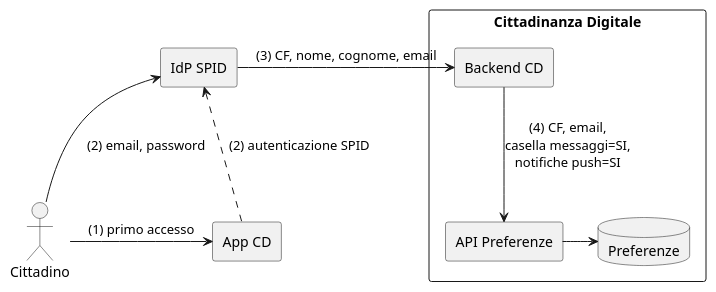
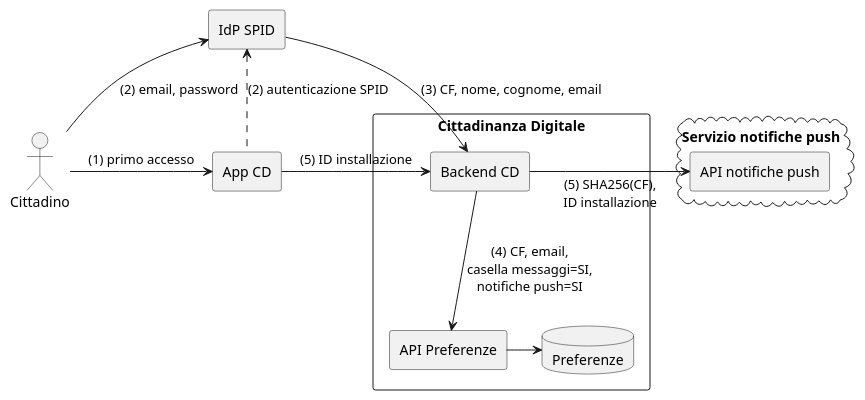
Before and after one commit to pagopa-archive/io: the diagram in gdpr/diagrams/profilo-creazione.puml, drawn with PlantUML. The commit also changed 12 other files, not shown here.

```diff
--- a/gdpr/diagrams/profilo-creazione.puml
+++ b/gdpr/diagrams/profilo-creazione.puml
@@ -1,30 +1,37 @@
 @startuml
 
 :Cittadino: as cittadino
 
 agent "IdP SPID" as idp
 
 agent "App CD" as app
 
 rectangle "Cittadinanza Digitale" {
   agent "Backend CD" as backend
 
   agent "API Preferenze" as apipreferenze
 
   database "Preferenze" as dbpreferenze
 }
 
+cloud "Servizio notifiche push" {
+  agent "API notifiche push" as apinotifiche
+}
 
 cittadino -> app : (1) primo accesso
 
 app .up.> idp : (2) autenticazione SPID
 
 cittadino -up-> idp : (2) email, password
 
 idp -> backend : (3) CF, nome, cognome, email
 
 backend -down-> apipreferenze : (4) CF, email,\ncasella messaggi=SI,\nnotifiche push=SI
 
 apipreferenze -right-> dbpreferenze
 
+app -> backend : (5) ID installazione
+
+backend -right-> apinotifiche : (5) SHA256(CF),\nID installazione
+
 @enduml
```
